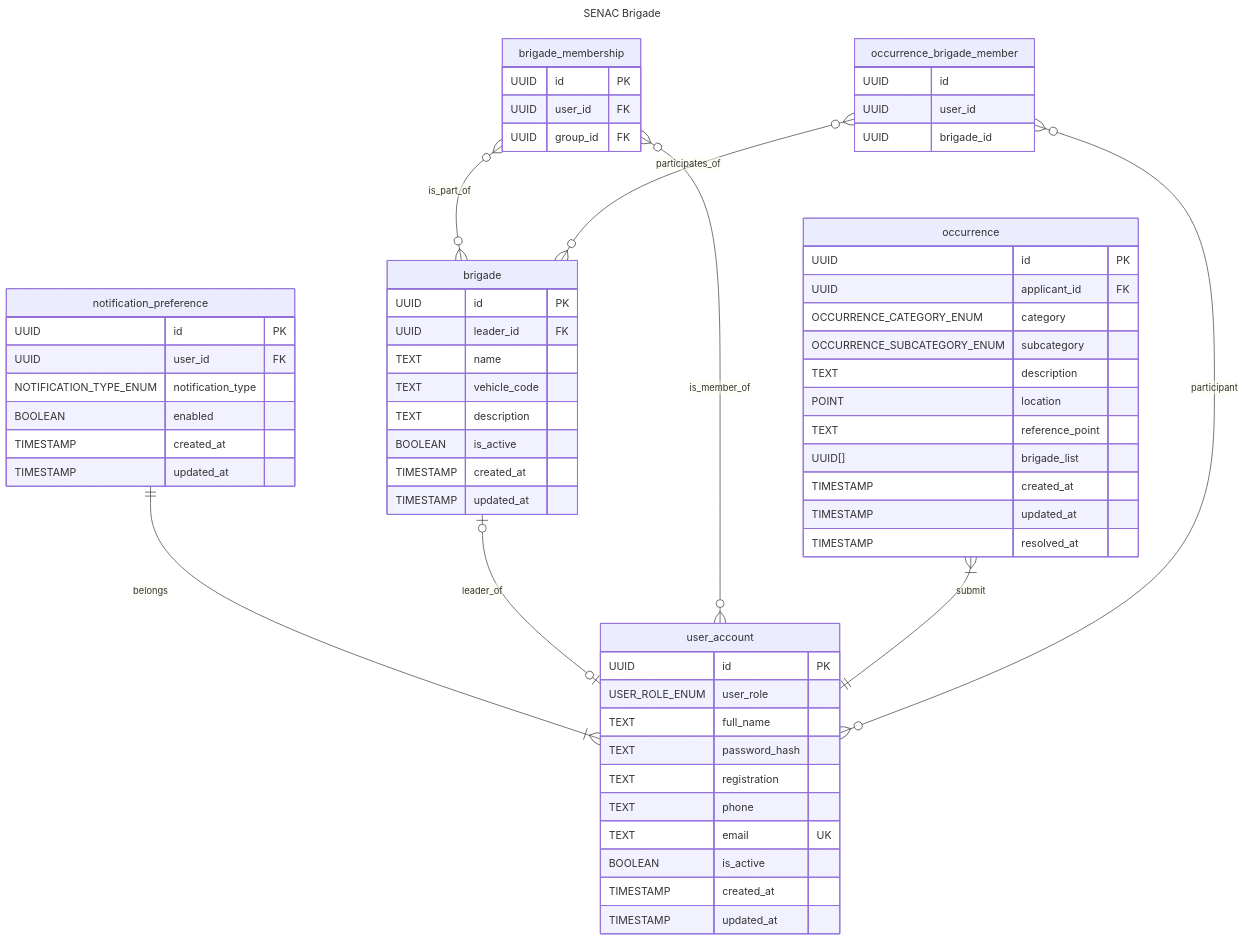
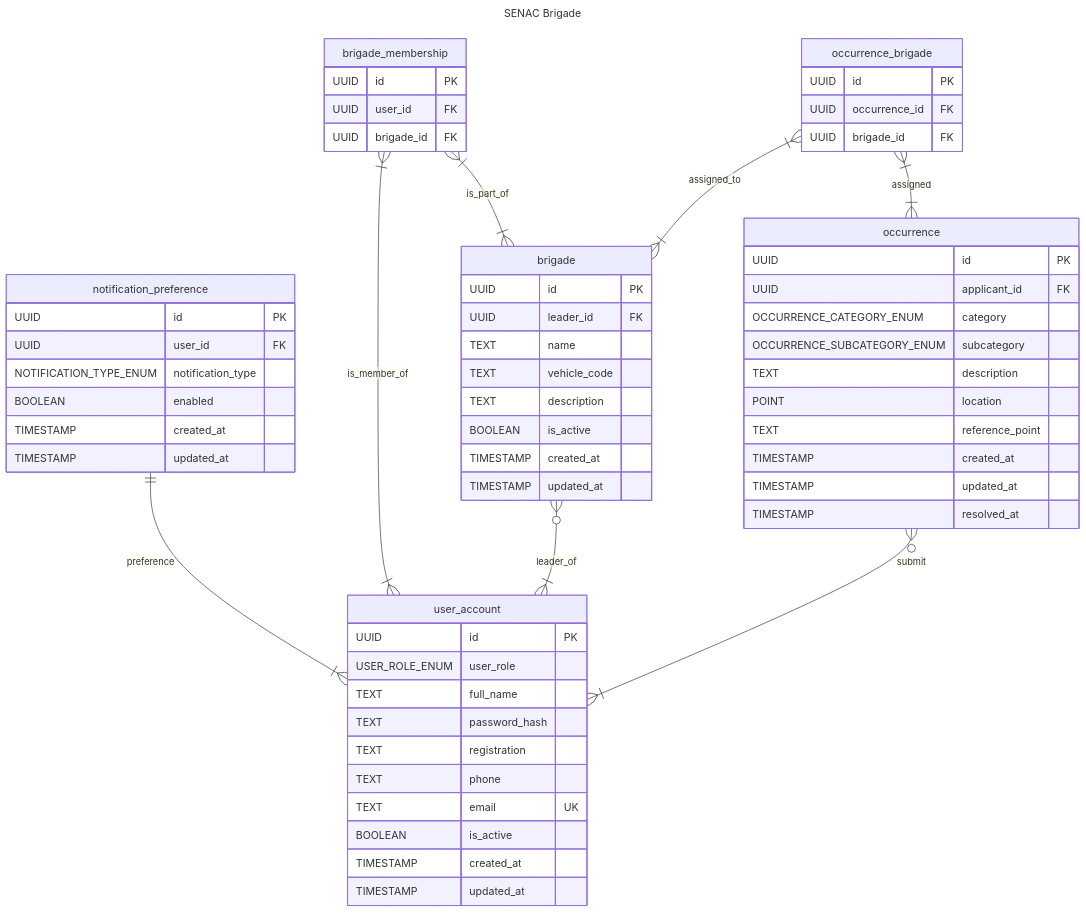
The diagram in README.md (Kacaii/senac-brigade-server), drawn with Mermaid before and after one commit.

Commit message:
:memo: update erd on readme

````diff
--- a/README.md
+++ b/README.md
@@ -38,73 +38,72 @@
 ```mermaid
 ---
 title: SENAC Brigade
 ---
 
 erDiagram
 
     user_account {
         UUID id PK
         USER_ROLE_ENUM user_role
         TEXT full_name
         TEXT password_hash
         TEXT registration
         TEXT phone
         TEXT email UK
         BOOLEAN is_active
         TIMESTAMP created_at
         TIMESTAMP updated_at
     }
 
-    notification_preference ||--|{ user_account : belongs
+    notification_preference ||--|{ user_account : preference
     notification_preference {
         UUID id PK
         UUID user_id FK
         NOTIFICATION_TYPE_ENUM notification_type
         BOOLEAN enabled
         TIMESTAMP created_at
         TIMESTAMP updated_at
     }
 
-    brigade |o--o| user_account : leader_of
+    brigade }o--|{ user_account : leader_of
     brigade {
         UUID id PK
         UUID leader_id FK
         TEXT name
         TEXT vehicle_code
         TEXT description
         BOOLEAN is_active
         TIMESTAMP created_at
         TIMESTAMP updated_at
     }
 
-    brigade_membership }o--o{ user_account : is_member_of
-    brigade_membership }o--o{ brigade : is_part_of
+    brigade_membership }|--|{ user_account : is_member_of
+    brigade_membership }|--|{ brigade : is_part_of
     brigade_membership {
         UUID id PK
         UUID user_id FK
-        UUID group_id FK
+        UUID brigade_id FK
     }
 
-    occurrence }|--|| user_account : submit
+    occurrence }o--|{ user_account : submit
     occurrence {
         UUID id PK
         UUID applicant_id FK
         OCCURRENCE_CATEGORY_ENUM category
         OCCURRENCE_SUBCATEGORY_ENUM subcategory
         TEXT description
         POINT location
         TEXT reference_point
-        UUID[] brigade_list
         TIMESTAMP created_at
         TIMESTAMP updated_at
         TIMESTAMP resolved_at
     }
 
-    occurrence_brigade_member }o--o{ user_account : participant
-    occurrence_brigade_member }o--o{ brigade : participates_of
-    occurrence_brigade_member {
-        UUID id
-        UUID user_id
-        UUID brigade_id
+    occurrence_brigade }|--|{ brigade : assigned_to
+    occurrence_brigade }|--|{ occurrence : assigned
+    occurrence_brigade {
+      UUID id PK
+      UUID occurrence_id FK
+      UUID brigade_id FK
     }
 ```
````
